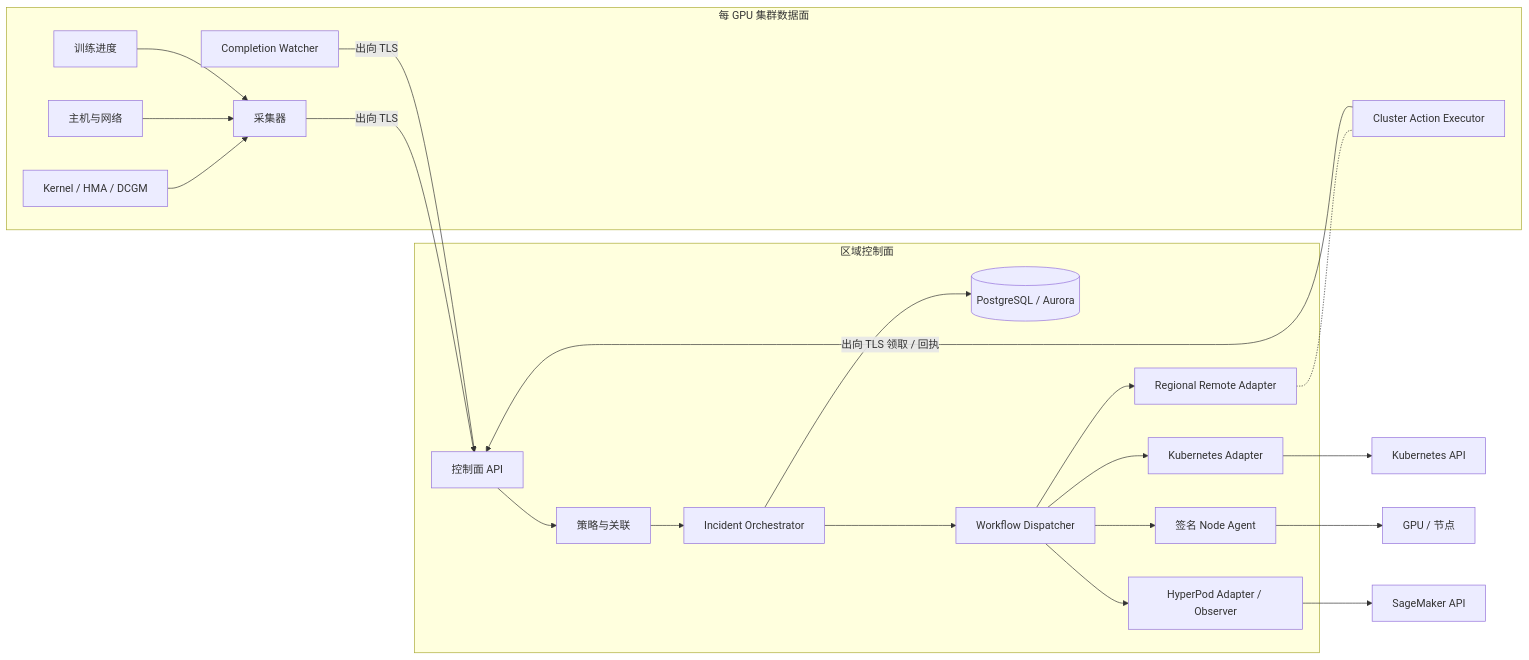
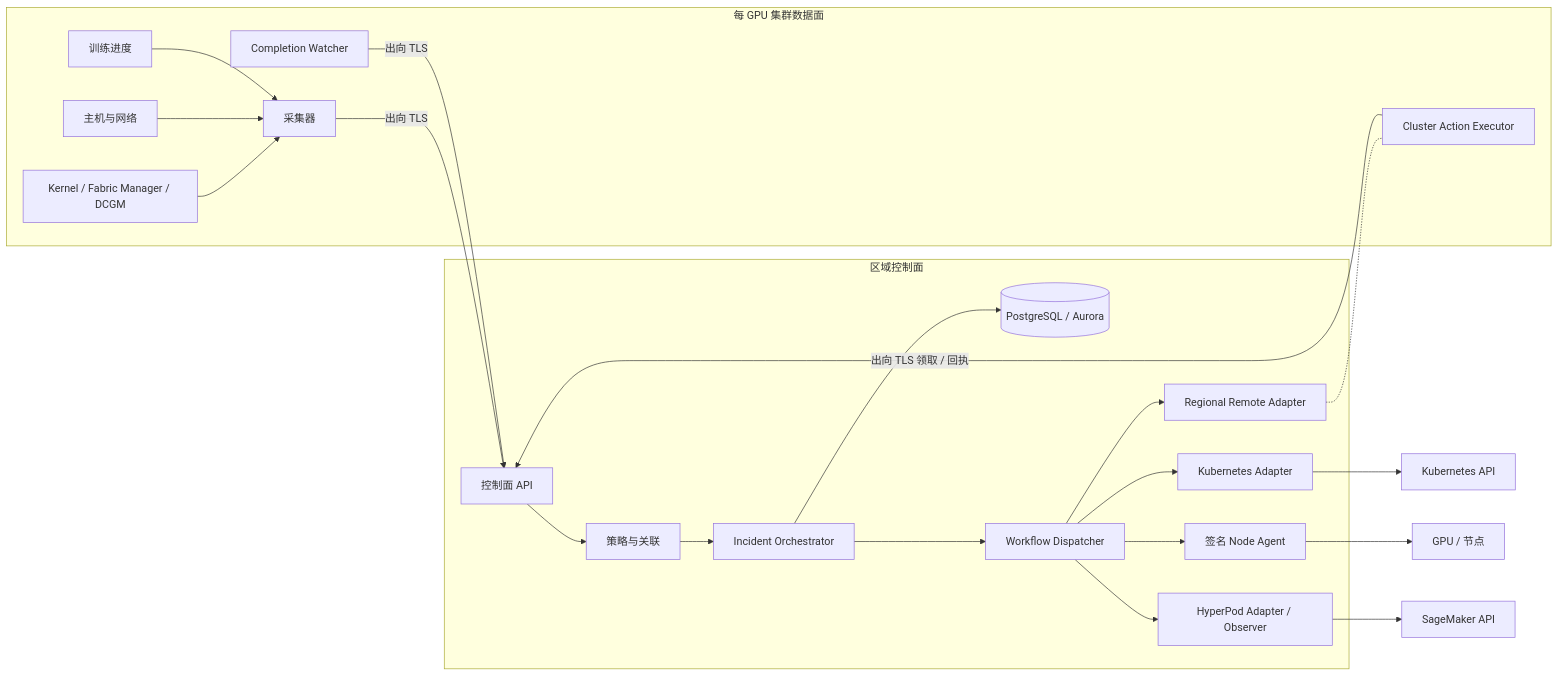
One commit to yuhuiaws/GPU-Fault-Recovery-System changed the second of 8 diagrams in docs/概要设计.md. Above: the diagram before and after it, drawn with Mermaid. The commit also changed other lines of this file and 2461 other files, not shown here.

````diff
--- a/docs/概要设计.md
+++ b/docs/概要设计.md
@@ -321,29 +321,29 @@
 ```mermaid
 flowchart LR
     subgraph DP["每 GPU 集群数据面"]
-        K["Kernel / HMA / DCGM"] --> C["采集器"]
+        K["Kernel / Fabric Manager / DCGM"] --> C["采集器"]
         H["主机与网络"] --> C
         T["训练进度"] --> C
         W["Completion Watcher"]
         EX["Cluster Action Executor"]
     end
 
     subgraph CP["区域控制面"]
         API["控制面 API"] --> P["策略与关联"]
         P --> I["Incident Orchestrator"]
         I --> S[("PostgreSQL / Aurora")]
         I --> D["Workflow Dispatcher"]
         D --> RA["Regional Remote Adapter"]
         D --> KA["Kubernetes Adapter"]
         D --> NA["签名 Node Agent"]
         D --> HP["HyperPod Adapter / Observer"]
     end
 
     C -- "出向 TLS" --> API
     W -- "出向 TLS" --> API
     EX -- "出向 TLS 领取 / 回执" --> API
     RA -.- EX
     KA --> K8S["Kubernetes API"]
     NA --> GPU["GPU / 节点"]
     HP --> AWS["SageMaker API"]
 ```
````
